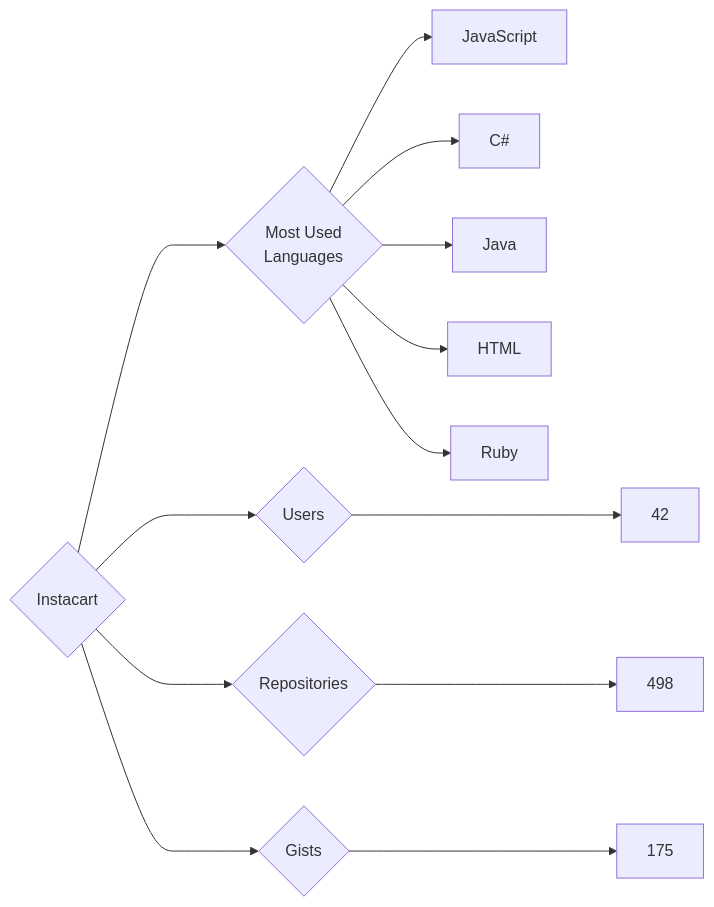
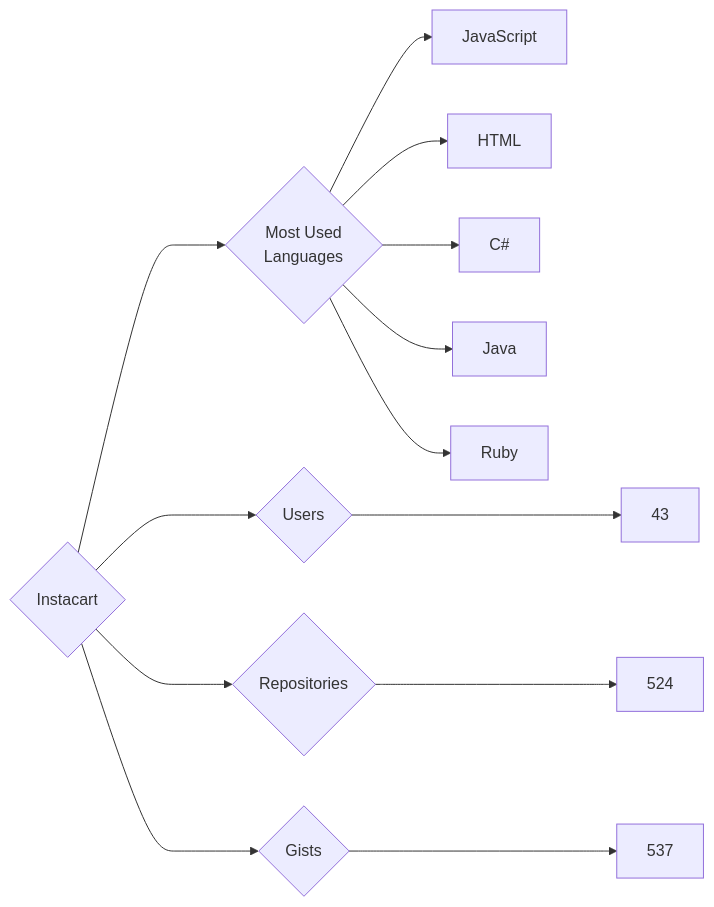
The diagram in targets/Instacart/README.md (trickest/insiders), drawn with Mermaid before and after one commit. The commit also changed 681 other files, not shown here.

````diff
--- a/targets/Instacart/README.md
+++ b/targets/Instacart/README.md
@@ -3,13 +3,13 @@
 ```mermaid
 graph LR
 COMPANY_NAME{Instacart}
-COMPANY_NAME ---> U{Users} ---> UN[42]
-COMPANY_NAME ---> R{Repositories} ---> RN[498]
-COMPANY_NAME ---> G{Gists} ---> GN[175]
+COMPANY_NAME ---> U{Users} ---> UN[43]
+COMPANY_NAME ---> R{Repositories} ---> RN[524]
+COMPANY_NAME ---> G{Gists} ---> GN[537]
 COMPANY_NAME ---> ML{Most Used<br>Languages}
 ML --> JavaScript[JavaScript]
+ML --> HTML[HTML]
 ML --> C#[C#]
 ML --> Java[Java]
-ML --> HTML[HTML]
 ML --> Ruby[Ruby]
 ```
````
